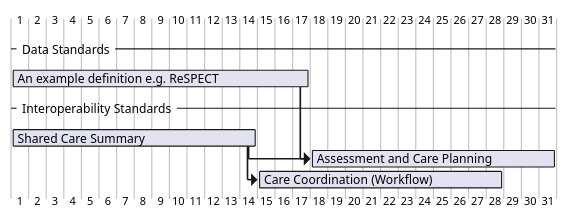
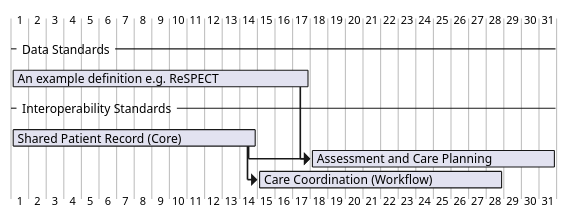
Before and after one commit to NHSDigital/interoperability-standards-documentation: the diagram in input/images-source/clinical-delivery-gantt.plantuml, drawn with PlantUML. The commit also changed 326 other files, not shown here.

```diff
--- a/input/images-source/clinical-delivery-gantt.plantuml
+++ b/input/images-source/clinical-delivery-gantt.plantuml
@@ -1,16 +1,16 @@
 @startgantt
 
 -- Data Standards --
  [An example definition e.g. ReSPECT] as [V4] lasts 2 week and 3 days
 
 -- Interoperability Standards --
 
-[Shared Care Summary] as [V1] lasts 2 week
+[Shared Patient Record (Core)] as [V1] lasts 2 week
  [Assessment and Care Planning] as [V2] lasts 2 week
  [V2] starts at [V1]'s end
  [Care Coordination (Workflow)] as [V3] lasts 2 week
  [V3] starts at [V1]'s end
  [V2] starts at [V4]'s end
 
 
 @endgantt
```
